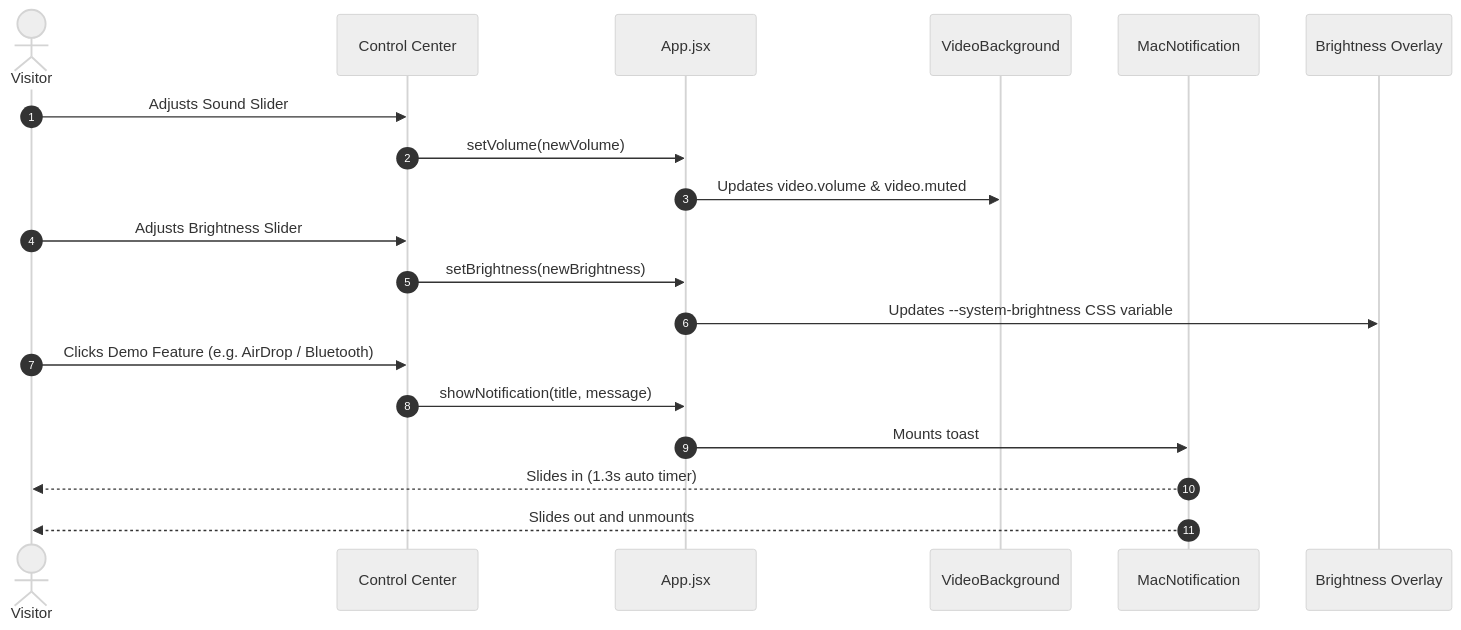
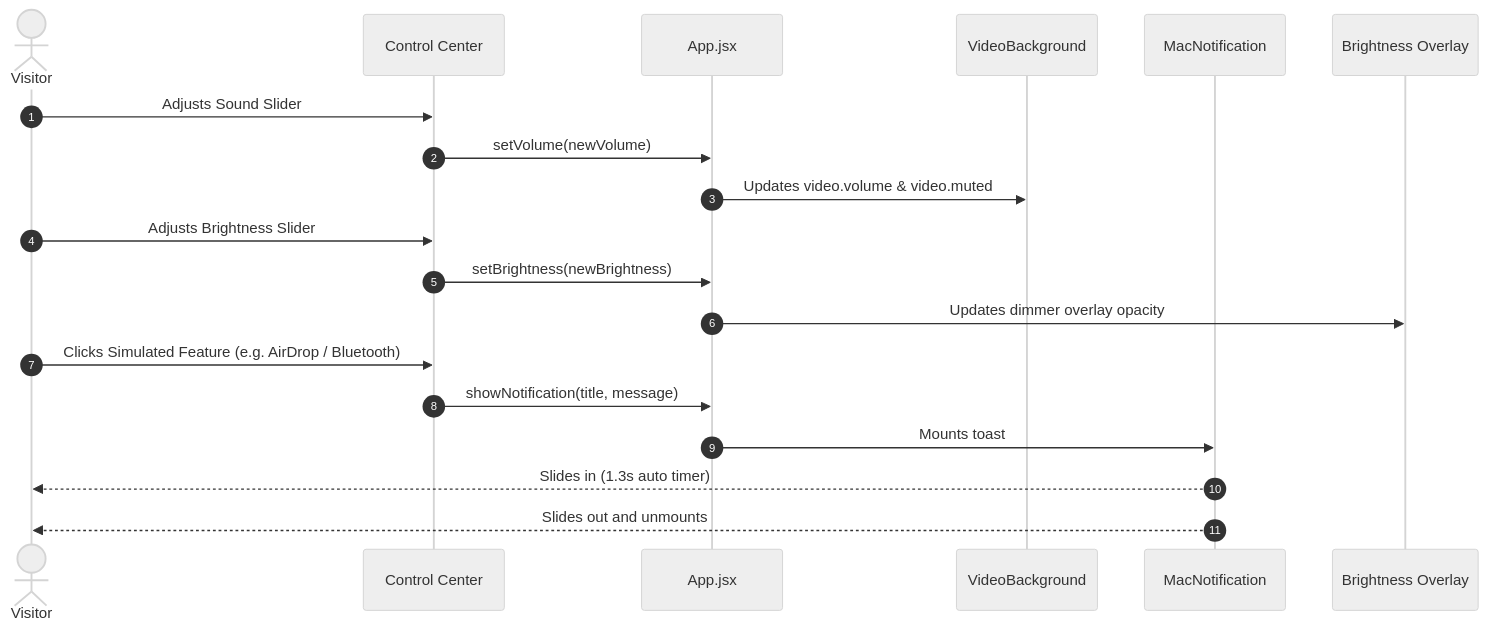
Before and after one commit to Pratham707-S/Mac_OS_Portfolio_Practice_React_GSAP_Tailwind: the second of 2 diagrams in README.md, drawn with Mermaid (neutral theme). The commit also changed other lines of this file, not shown here.

````diff
--- a/README.md
+++ b/README.md
@@ -77,24 +94,24 @@
 ```mermaid
 sequenceDiagram
     autonumber
     actor User as Visitor
     participant CC as Control Center
     participant App as App.jsx
     participant Video as VideoBackground
     participant Toast as MacNotification
     participant Overlay as Brightness Overlay
 
     User->>CC: Adjusts Sound Slider
     CC->>App: setVolume(newVolume)
     App->>Video: Updates video.volume & video.muted
 
     User->>CC: Adjusts Brightness Slider
     CC->>App: setBrightness(newBrightness)
-    App->>Overlay: Updates --system-brightness CSS variable
+    App->>Overlay: Updates dimmer overlay opacity
 
-    User->>CC: Clicks Demo Feature (e.g. AirDrop / Bluetooth)
+    User->>CC: Clicks Simulated Feature (e.g. AirDrop / Bluetooth)
     CC->>App: showNotification(title, message)
     App->>Toast: Mounts toast
     Toast-->>User: Slides in (1.3s auto timer)
     Toast-->>User: Slides out and unmounts
 ```
````
